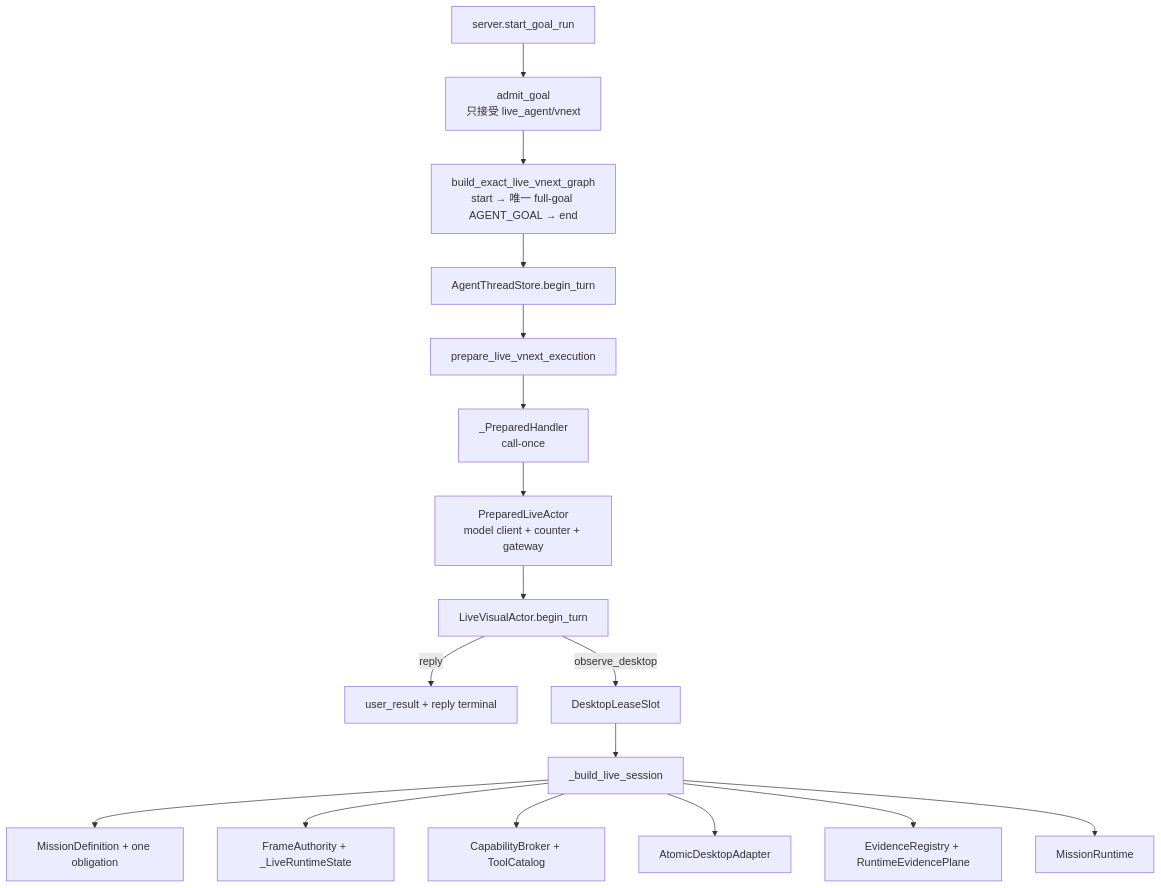
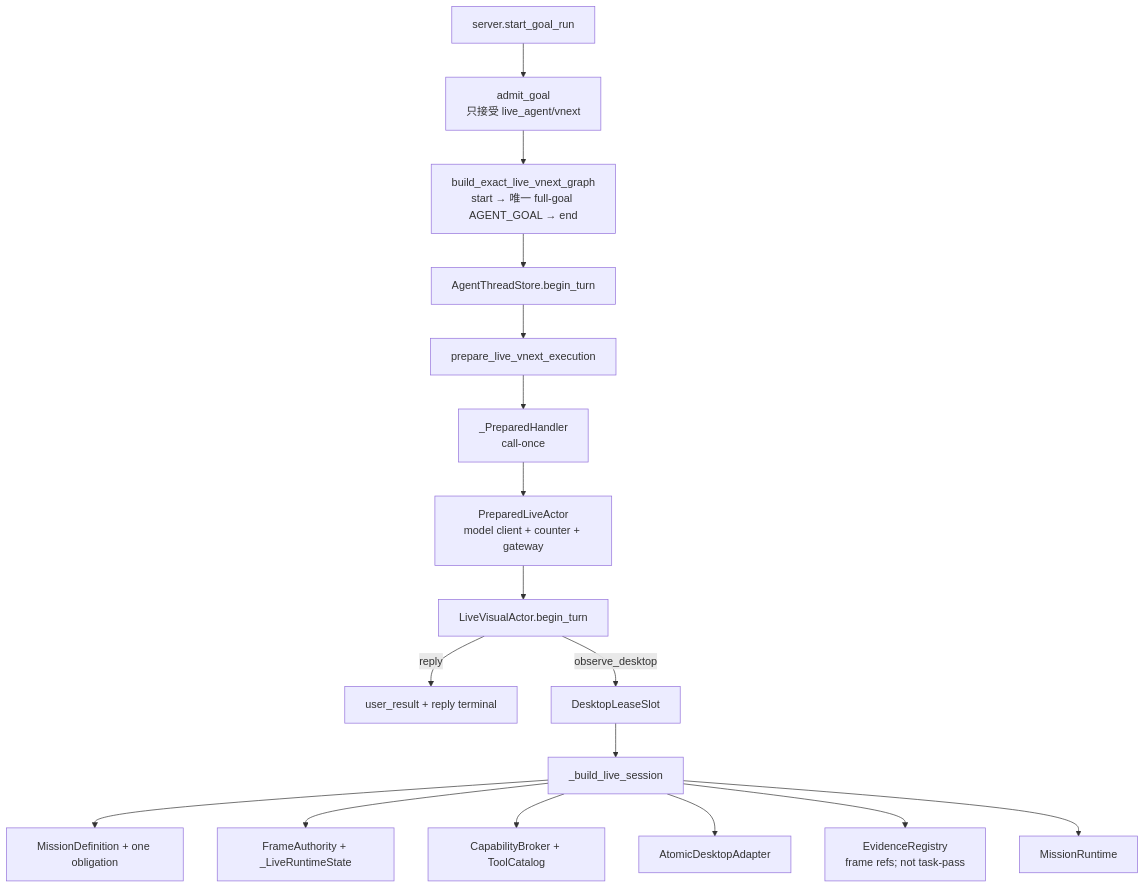
One commit to zoujiapeng/lingdong-script changed the second of 4 diagrams in docs/project-guide/01-system-architecture.md. Above: the diagram before and after it, drawn with Mermaid. The commit also changed other lines of this file and 45 other files, not shown here.

````diff
--- a/docs/project-guide/01-system-architecture.md
+++ b/docs/project-guide/01-system-architecture.md
@@ -120,19 +120,19 @@
 ```mermaid
 flowchart TD
   Route["server.start_goal_run"] --> Admission["admit_goal\n只接受 live_agent/vnext"]
   Admission --> Graph["build_exact_live_vnext_graph\nstart → 唯一 full-goal AGENT_GOAL → end"]
   Graph --> Thread["AgentThreadStore.begin_turn"]
   Thread --> Prepare["prepare_live_vnext_execution"]
   Prepare --> Handler["_PreparedHandler\ncall-once"]
   Handler --> Bundle["PreparedLiveActor\nmodel client + counter + gateway"]
   Bundle --> Initial["LiveVisualActor.begin_turn"]
   Initial -->|reply| Reply["user_result + reply terminal"]
   Initial -->|observe_desktop| Lease["DesktopLeaseSlot"]
   Lease --> Session["_build_live_session"]
   Session --> Mission["MissionDefinition + one obligation"]
   Session --> Frame["FrameAuthority + _LiveRuntimeState"]
   Session --> Broker["CapabilityBroker + ToolCatalog"]
   Session --> Adapter["AtomicDesktopAdapter"]
-  Session --> Evidence["EvidenceRegistry + RuntimeEvidencePlane"]
+  Session --> Registry["EvidenceRegistry\nframe refs; not task-pass"]
   Session --> Runtime["MissionRuntime"]
 ```
````
